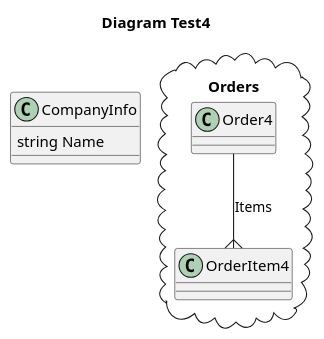
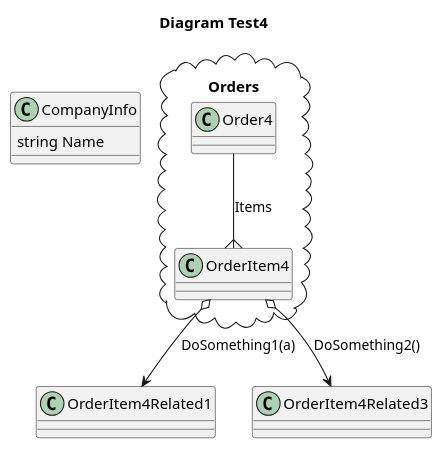
One commit to isukces/AutoUml changed the diagram in docs/testsResults/T10_Should_create_packages.puml. Above: the diagram before and after it, drawn with PlantUML. The commit also changed 5 other files, not shown here.

```diff
--- a/docs/testsResults/T10_Should_create_packages.puml
+++ b/docs/testsResults/T10_Should_create_packages.puml
@@ -1,20 +1,28 @@
 @startuml
 title
  Diagram Test4
 end title
 
 class CompanyInfo
 {
     string Name
+}
+class OrderItem4Related1
+{
+}
+class OrderItem4Related3
+{
 }
 package Orders <<Cloud>> {
     class Order4
     {
     }
     class OrderItem4
     {
     }
 }
 
 Order4 --{ OrderItem4:Items
+OrderItem4 o--> OrderItem4Related1:DoSomething1(a)
+OrderItem4 o--> OrderItem4Related3:DoSomething2()
 @enduml
```
